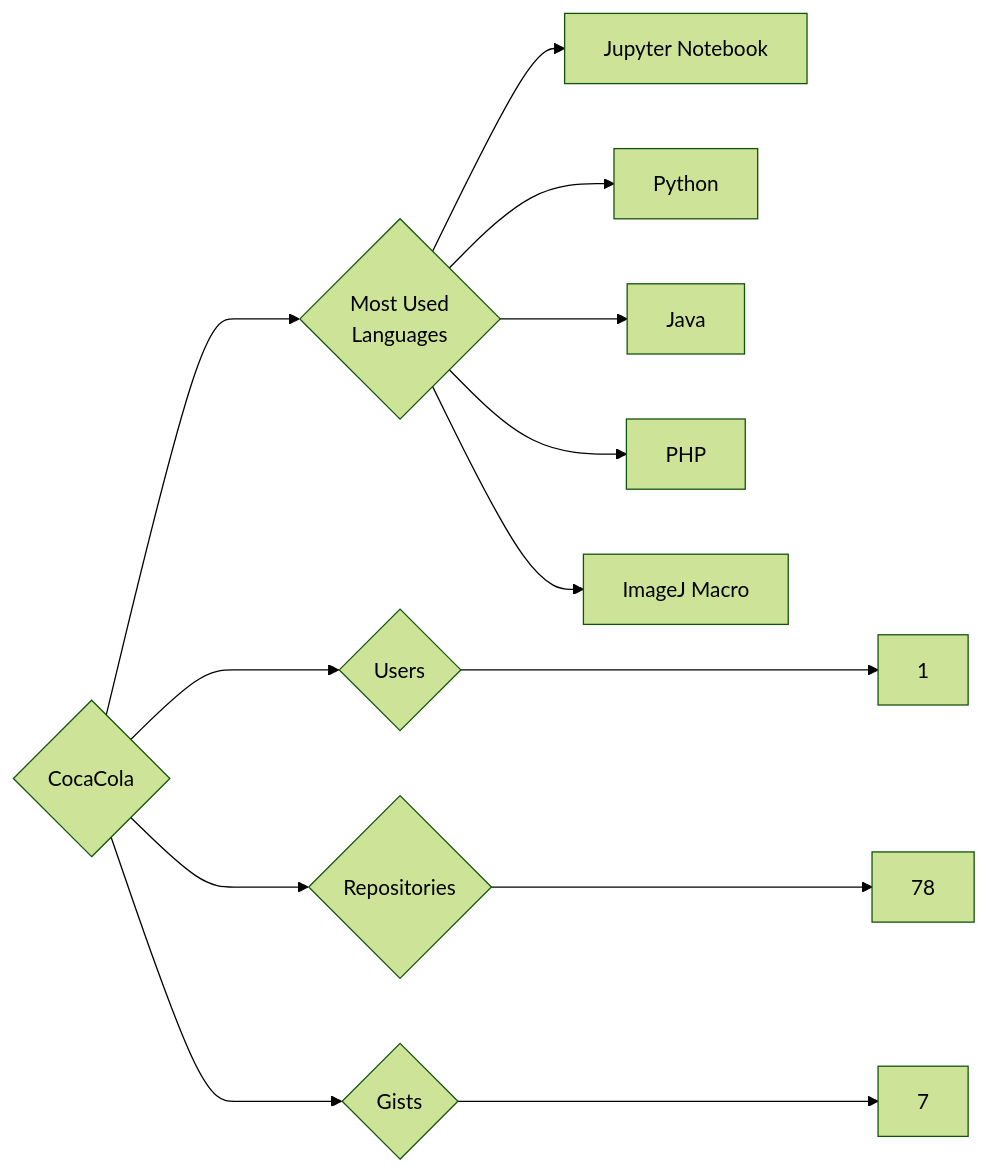
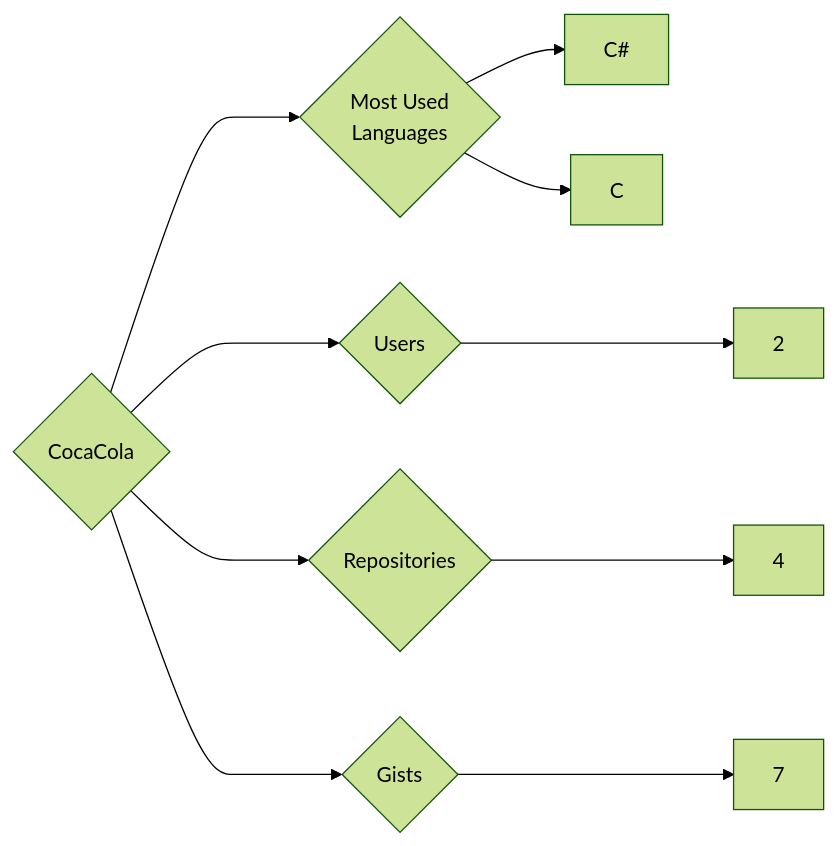
Before and after one commit to trickest/insiders: the diagram in targets/CocaCola/README.md, drawn with Mermaid (forest theme). The commit also changed 1167 other files, not shown here.

````diff
--- a/targets/CocaCola/README.md
+++ b/targets/CocaCola/README.md
@@ -3,13 +3,10 @@
 ```mermaid
 graph LR
 COMPANY_NAME{CocaCola}
-COMPANY_NAME ---> U{Users} ---> UN[1]
-COMPANY_NAME ---> R{Repositories} ---> RN[78]
+COMPANY_NAME ---> U{Users} ---> UN[2]
+COMPANY_NAME ---> R{Repositories} ---> RN[4]
 COMPANY_NAME ---> G{Gists} ---> GN[7]
 COMPANY_NAME ---> ML{Most Used<br>Languages}
-ML --> Jupyter_Notebook[Jupyter Notebook]
-ML --> Python[Python]
-ML --> Java[Java]
-ML --> PHP[PHP]
-ML --> ImageJ_Macro[ImageJ Macro]
+ML --> C#[C#]
+ML --> C[C]
 ```
````
